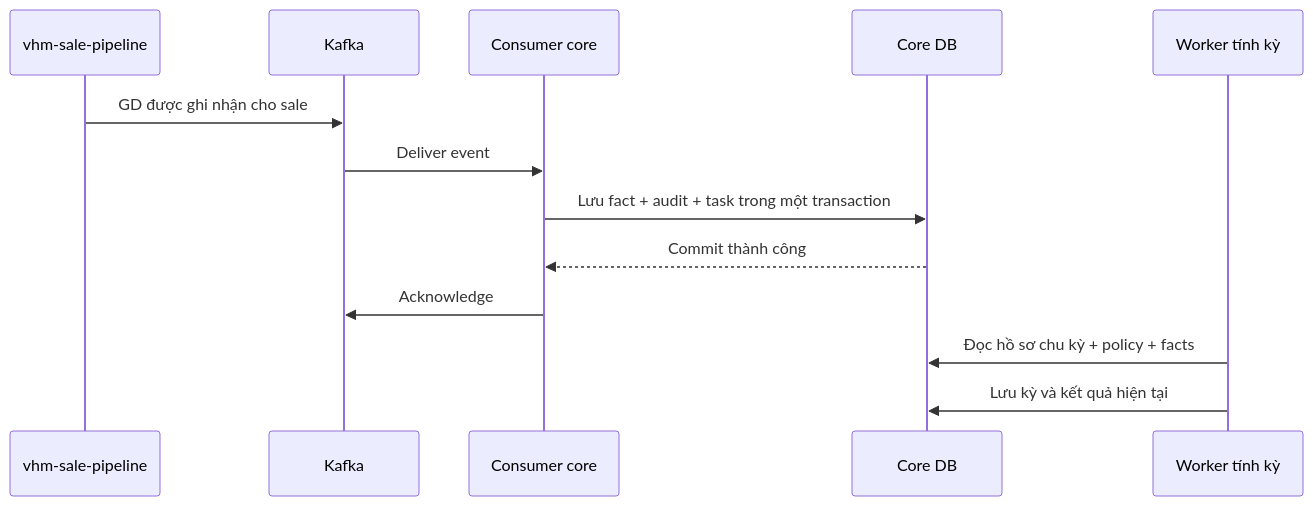
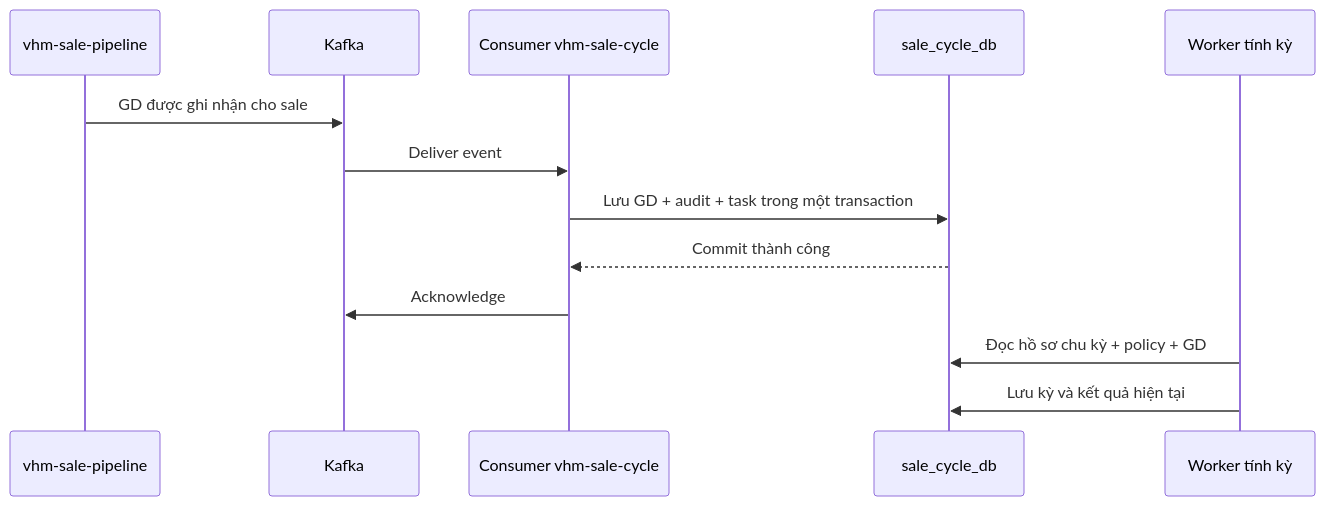
Before and after one commit to huynv-xyz/vhm: the second of 2 diagrams in BDSKD-9533-thiet-ke-ky-thuat.md, drawn with Mermaid. The commit also changed other lines of this file, not shown here.

````diff
--- a/BDSKD-9533-thiet-ke-ky-thuat.md
+++ b/BDSKD-9533-thiet-ke-ky-thuat.md
@@ -152,15 +165,15 @@
 ```mermaid
 sequenceDiagram
   participant P as vhm-sale-pipeline
   participant K as Kafka
-  participant C as Consumer core
-  participant D as Core DB
+  participant C as Consumer vhm-sale-cycle
+  participant D as sale_cycle_db
   participant E as Worker tính kỳ
   P->>K: GD được ghi nhận cho sale
   K->>C: Deliver event
-  C->>D: Lưu fact + audit + task trong một transaction
+  C->>D: Lưu GD + audit + task trong một transaction
   D-->>C: Commit thành công
   C->>K: Acknowledge
-  E->>D: Đọc hồ sơ chu kỳ + policy + facts
+  E->>D: Đọc hồ sơ chu kỳ + policy + GD
   E->>D: Lưu kỳ và kết quả hiện tại
 ```
````
